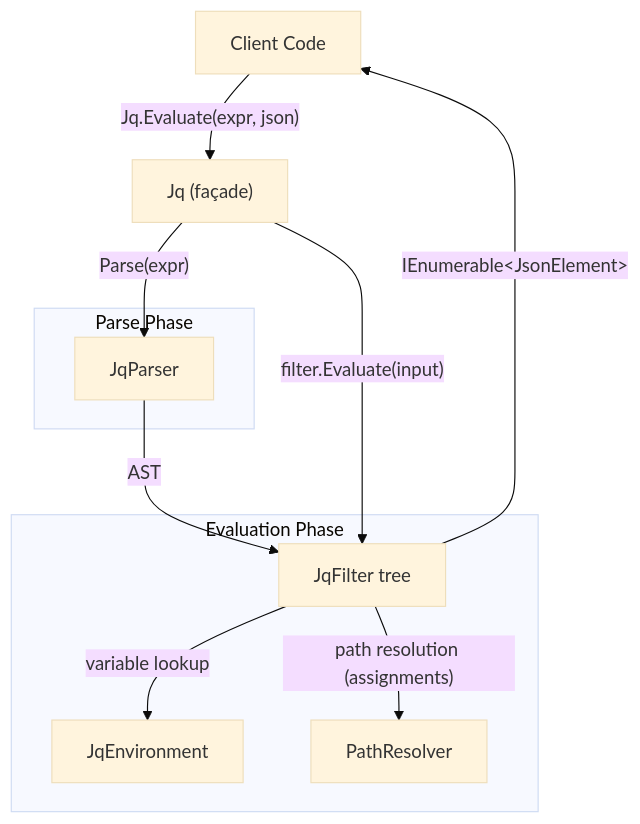
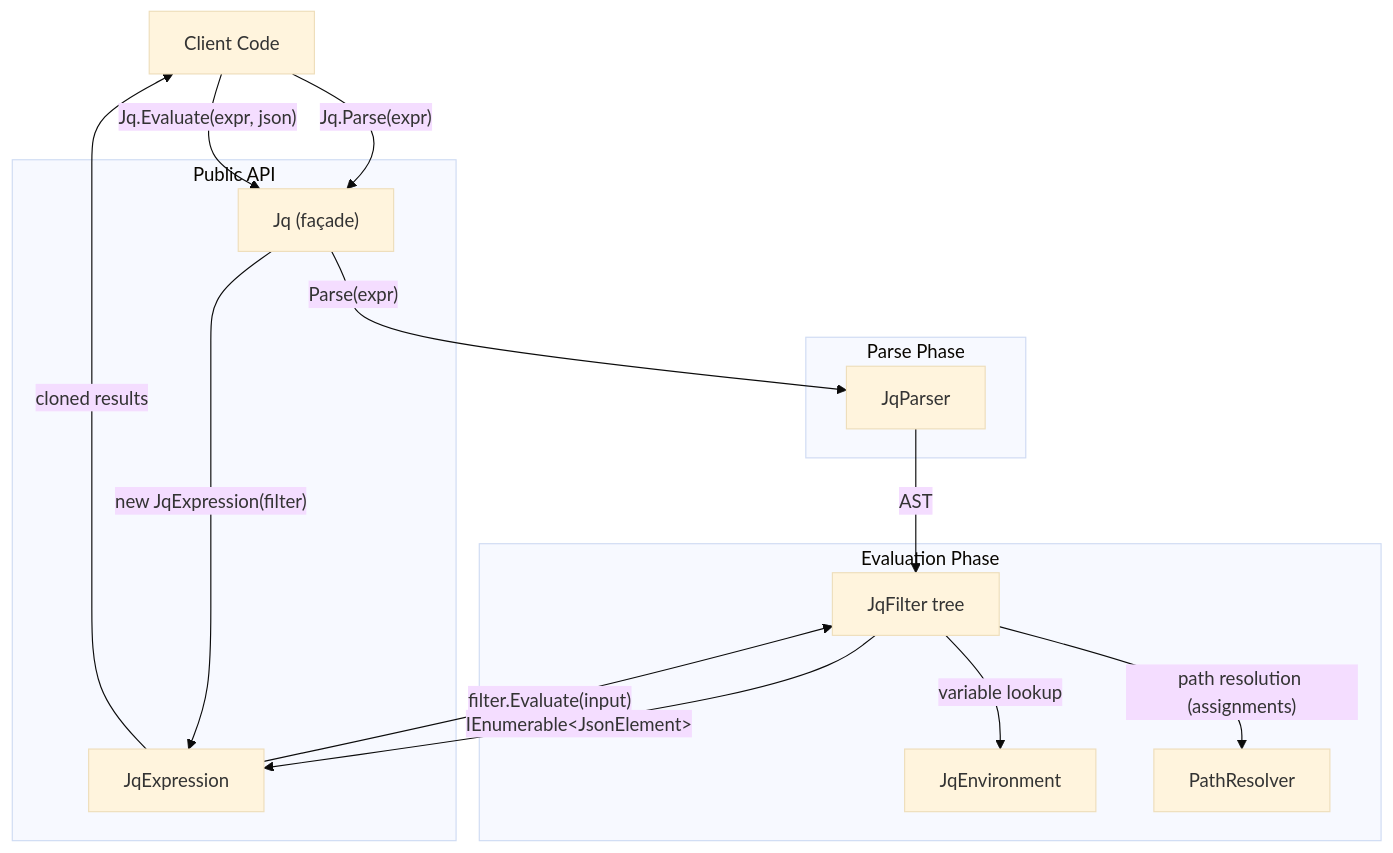
One commit to devlooped/JQSharp changed the first of 11 diagrams in .github/design.md. Above: the diagram before and after it, drawn with Mermaid (base theme). The commit also changed other lines of this file and 3 other files, not shown here.

Commit message:
Implement Jq.Parse() method and JqExpression class for reusable jq filter evaluation

````diff
--- a/.github/design.md
+++ b/.github/design.md
@@ -9,20 +9,28 @@
 ```mermaid
 flowchart TD
-    A["Client Code"] -->|"Jq.Evaluate(expr, json)"| B["Jq (façade)"]
+    A["Client Code"] -->|"Jq.Parse(expr)"| B["Jq (façade)"]
+    A -->|"Jq.Evaluate(expr, json)"| B
     B -->|"Parse(expr)"| C["JqParser"]
     C -->|"AST"| D["JqFilter tree"]
-    B -->|"filter.Evaluate(input)"| D
-    D -->|"IEnumerable&lt;JsonElement&gt;"| A
+    B -->|"new JqExpression(filter)"| G["JqExpression"]
+    G -->|"filter.Evaluate(input)"| D
+    D -->|"IEnumerable&lt;JsonElement&gt;"| G
+    G -->|"cloned results"| A
 
     subgraph "Parse Phase"
         C
+    end
+
+    subgraph "Public API"
+        B
+        G
     end
 
     subgraph "Evaluation Phase"
         D
         E["JqEnvironment"]
         F["PathResolver"]
         D -->|"variable lookup"| E
         D -->|"path resolution (assignments)"| F
     end
 ```
````
